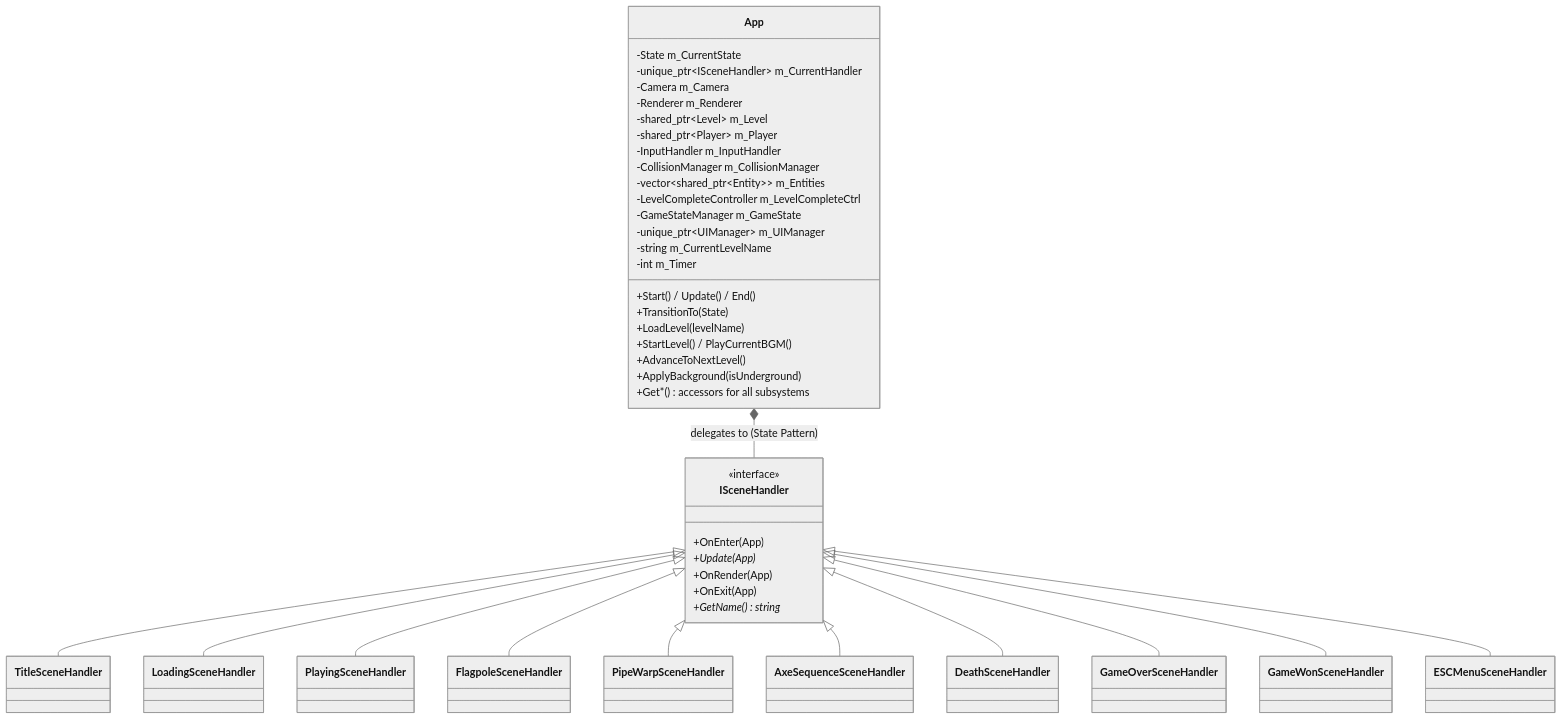
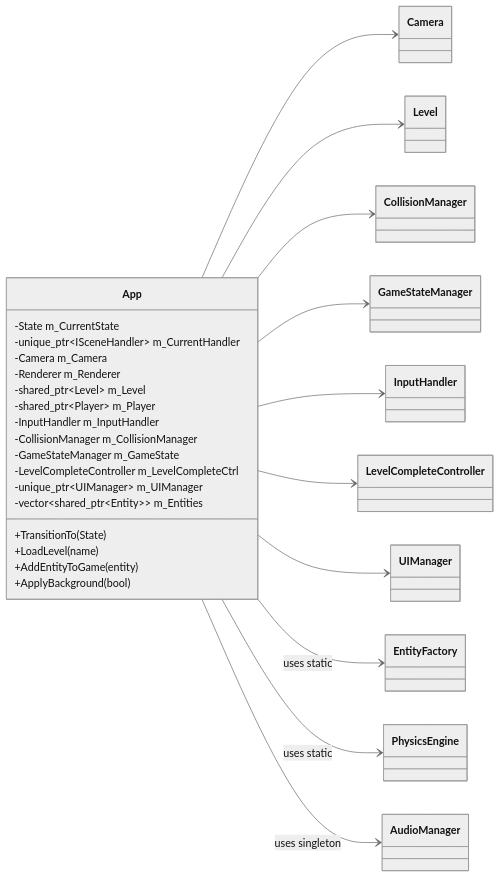
Before and after one commit to Andy87877/NTUT_OOPL_mario: the fifth of 6 diagrams in Constructure.md, drawn with Mermaid (neutral theme). The commit also changed other lines of this file and 26 other files, not shown here.

````diff
--- a/Constructure.md
+++ b/Constructure.md
@@ -2561,49 +257,34 @@
 ```mermaid
 classDiagram
-    direction TB
+    direction LR
 
     class App {
         -State m_CurrentState
         -unique_ptr~ISceneHandler~ m_CurrentHandler
         -Camera m_Camera
         -Renderer m_Renderer
         -shared_ptr~Level~ m_Level
         -shared_ptr~Player~ m_Player
         -InputHandler m_InputHandler
         -CollisionManager m_CollisionManager
+        -GameStateManager m_GameState
+        -LevelCompleteController m_LevelCompleteCtrl
+        -unique_ptr~UIManager~ m_UIManager
         -vector~shared_ptr~Entity~~ m_Entities
-        -LevelCompleteController m_LevelCompleteCtrl
-        -GameStateManager m_GameState
-        -unique_ptr~UIManager~ m_UIManager
-        -string m_CurrentLevelName
-        -int m_Timer
-        +Start() / Update() / End()
         +TransitionTo(State)
-        +LoadLevel(levelName)
-        +StartLevel() / PlayCurrentBGM()
-        +AdvanceToNextLevel()
-        +ApplyBackground(isUnderground)
-        +Get*() accessors for all subsystems
+        +LoadLevel(name)
+        +AddEntityToGame(entity)
+        +ApplyBackground(bool)
     }
 
-    class ISceneHandler {
-        <<interface>>
-        +OnEnter(App)
-        +Update(App)*
-        +OnRender(App)
-        +OnExit(App)
-        +GetName() string*
-    }
-
-    ISceneHandler <|-- TitleSceneHandler
-    ISceneHandler <|-- LoadingSceneHandler
-    ISceneHandler <|-- PlayingSceneHandler
-    ISceneHandler <|-- FlagpoleSceneHandler
-    ISceneHandler <|-- PipeWarpSceneHandler
-    ISceneHandler <|-- AxeSequenceSceneHandler
-    ISceneHandler <|-- DeathSceneHandler
-    ISceneHandler <|-- GameOverSceneHandler
-    ISceneHandler <|-- GameWonSceneHandler
-    ISceneHandler <|-- ESCMenuSceneHandler
-    App *-- ISceneHandler : delegates to (State Pattern)
+    App --> Camera
+    App --> Level
+    App --> CollisionManager
+    App --> GameStateManager
+    App --> InputHandler
+    App --> LevelCompleteController
+    App --> UIManager
+    App --> EntityFactory : uses static
+    App --> PhysicsEngine : uses static
+    App --> AudioManager : uses singleton
 ```
````
